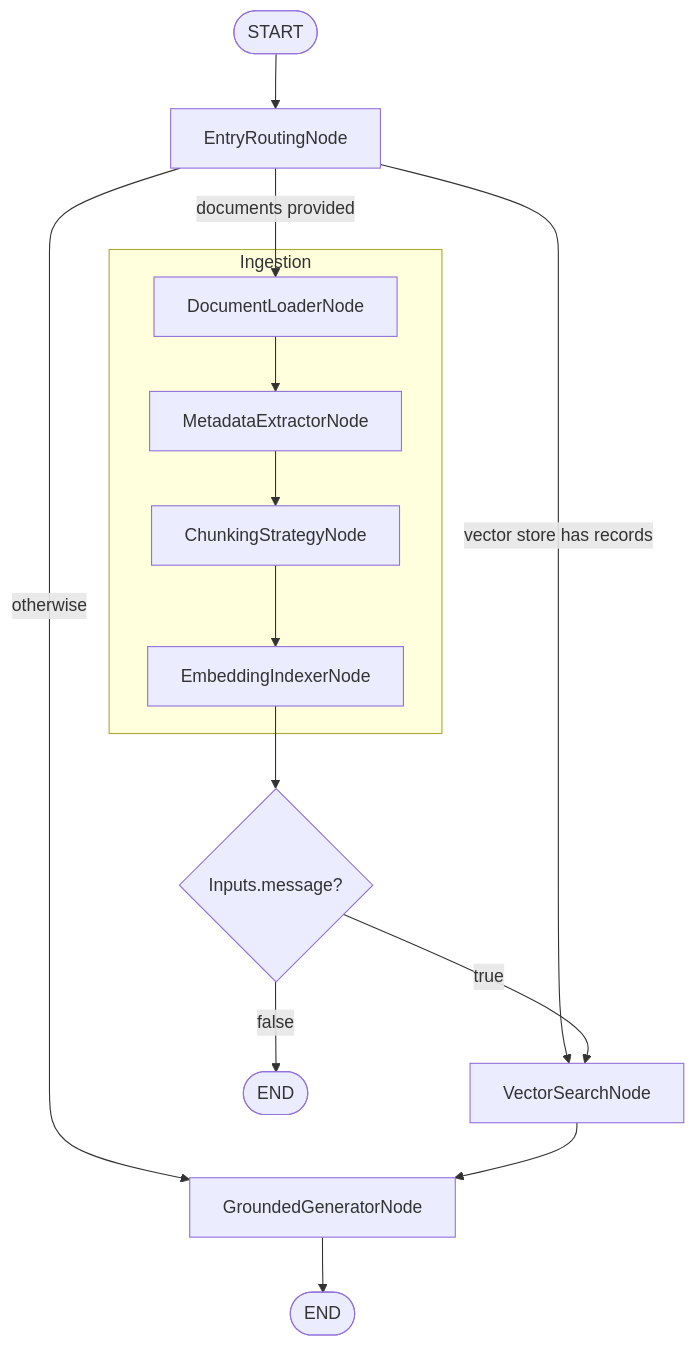
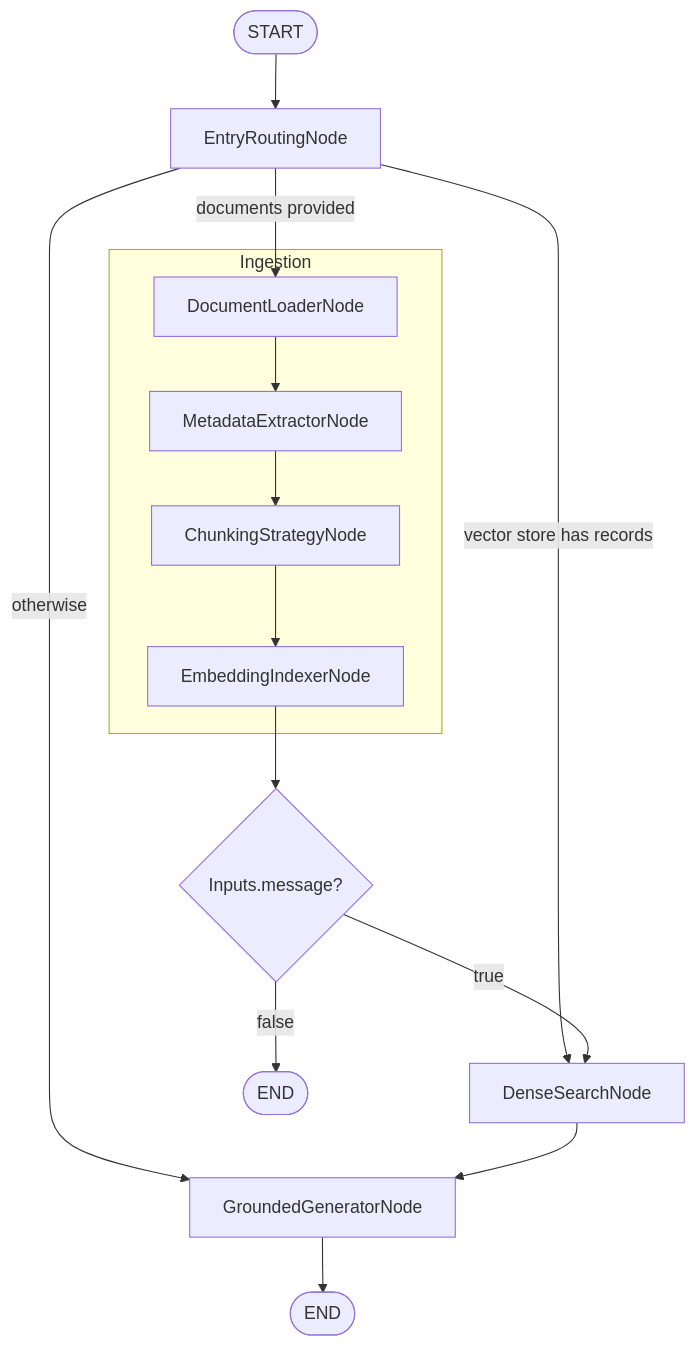
One commit to ShaojieJiang/orcheo changed the diagram in examples/conversational_search/demo_1_basic_rag/README.md. Above: the diagram before and after it, drawn with Mermaid. The commit also changed other lines of this file and 11 other files, not shown here.

Commit message:
Refactor VectorSearchNode → DenseSearchNode, BM25SearchNode → SparseSearchNode

````diff
--- a/examples/conversational_search/demo_1_basic_rag/README.md
+++ b/examples/conversational_search/demo_1_basic_rag/README.md
@@ -77,17 +77,17 @@
 ```mermaid
 flowchart TD
     start([START]) --> entry[EntryRoutingNode]
     entry -->|documents provided| loader[DocumentLoaderNode]
-    entry -->|vector store has records| search[VectorSearchNode]
+    entry -->|vector store has records| search[DenseSearchNode]
     entry -->|otherwise| generator[GroundedGeneratorNode]
 
     subgraph Ingestion
         loader --> metadata[MetadataExtractorNode] --> chunking[ChunkingStrategyNode] --> indexer[EmbeddingIndexerNode]
     end
 
     indexer --> post{Inputs.message?}
     post -->|true| search
     post -->|false| end1([END])
 
     search --> generator --> end2([END])
 ```
````
